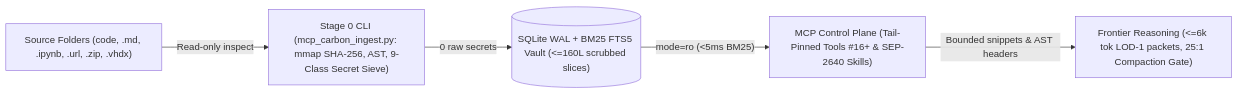
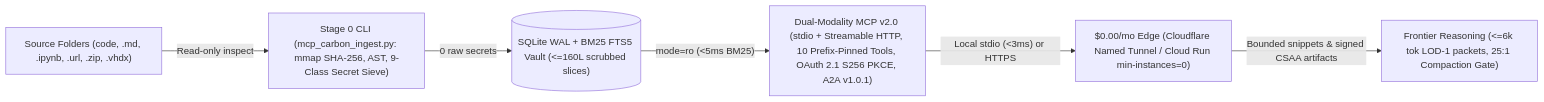
One commit to mjeanhudson-dev/alpha-mcp changed the diagram in README.md. Above: the diagram before and after it, drawn with Mermaid. The commit also changed other lines of this file and 9 other files, not shown here.

Commit message:
feat(dual-modality): upgrade alpha_mcp_server v2.0 (stdio + Streamable HTTP, OAuth 2.1 S256 PKCE, A2A v1.0.1) and $0/mo online ops pack

````diff
--- a/README.md
+++ b/README.md
@@ -44,13 +45,15 @@
 ```mermaid
 flowchart LR
     SRC["Source Folders (code, .md, .ipynb, .url, .zip, .vhdx)"]
     ING["Stage 0 CLI (mcp_carbon_ingest.py: mmap SHA-256, AST, 9-Class Secret Sieve)"]
     DB[("SQLite WAL + BM25 FTS5 Vault (<=160L scrubbed slices)")]
-    MCP["MCP Control Plane (Tail-Pinned Tools #16+ & SEP-2640 Skills)"]
+    MCP["Dual-Modality MCP v2.0 (stdio + Streamable HTTP, 10 Prefix-Pinned Tools, OAuth 2.1 S256 PKCE, A2A v1.0.1)"]
+    EDGE["$0.00/mo Edge (Cloudflare Named Tunnel / Cloud Run min-instances=0)"]
     APEX["Frontier Reasoning (<=6k tok LOD-1 packets, 25:1 Compaction Gate)"]
 
     SRC -->|"Read-only inspect"| ING
     ING -->|"0 raw secrets"| DB
     DB -->|"mode=ro (<5ms BM25)"| MCP
-    MCP -->|"Bounded snippets & AST headers"| APEX
+    MCP -->|"Local stdio (<3ms) or HTTPS"| EDGE
+    EDGE -->|"Bounded snippets & signed CSAA artifacts"| APEX
 ```
````
